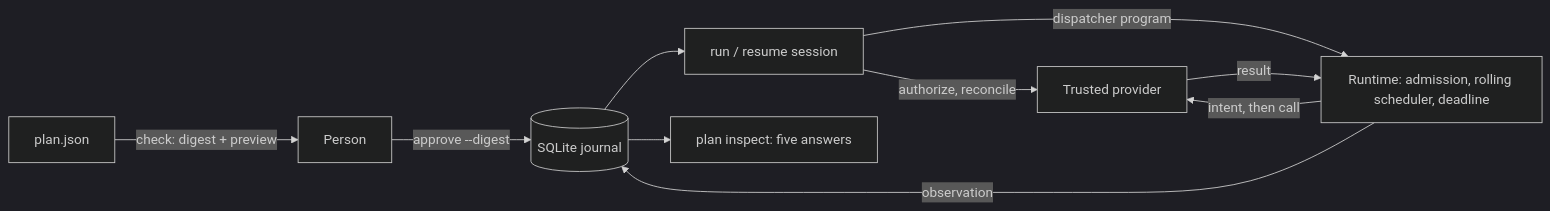
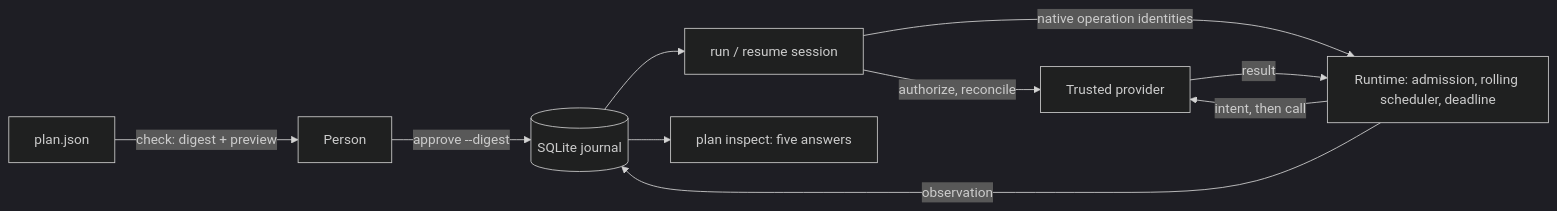
The diagram in docs/recovery.md (jkomyno/changelist), drawn with Mermaid (dark theme) before and after one commit. The commit also changed other lines of this file and 10 other files, not shown here.

Commit message:
docs(runtime): explain native plans and optional embedded execution

````diff
--- a/docs/recovery.md
+++ b/docs/recovery.md
@@ -14,11 +19,11 @@
 ```mermaid
 flowchart LR
     Plan[plan.json] -->|check: digest + preview| Review[Person]
     Review -->|approve --digest| Journal[(SQLite journal)]
     Journal --> Session[run / resume session]
     Session -->|authorize, reconcile| Provider[Trusted provider]
-    Session -->|dispatcher program| Runtime[Runtime: admission, rolling scheduler, deadline]
+    Session -->|native operation identities| Runtime[Runtime: admission, rolling scheduler, deadline]
     Runtime -->|intent, then call| Provider
     Provider -->|result| Runtime -->|observation| Journal
     Journal --> Inspect[plan inspect: five answers]
 ```
````
